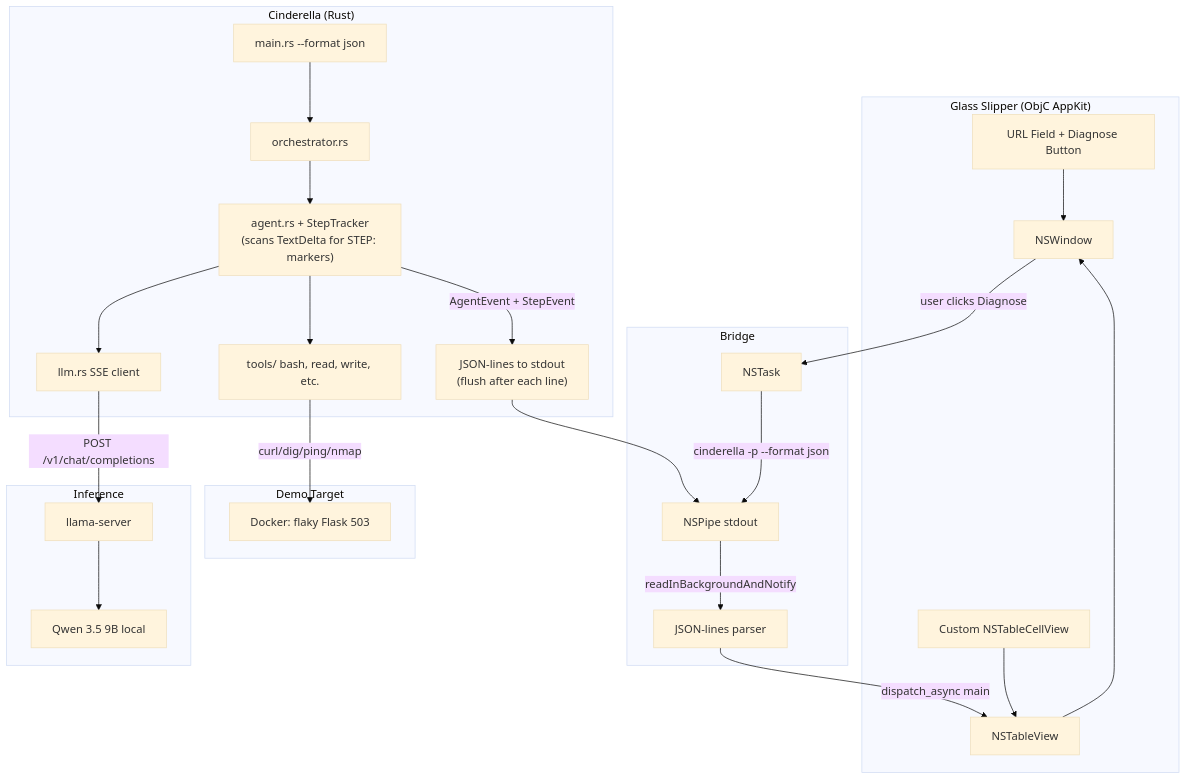
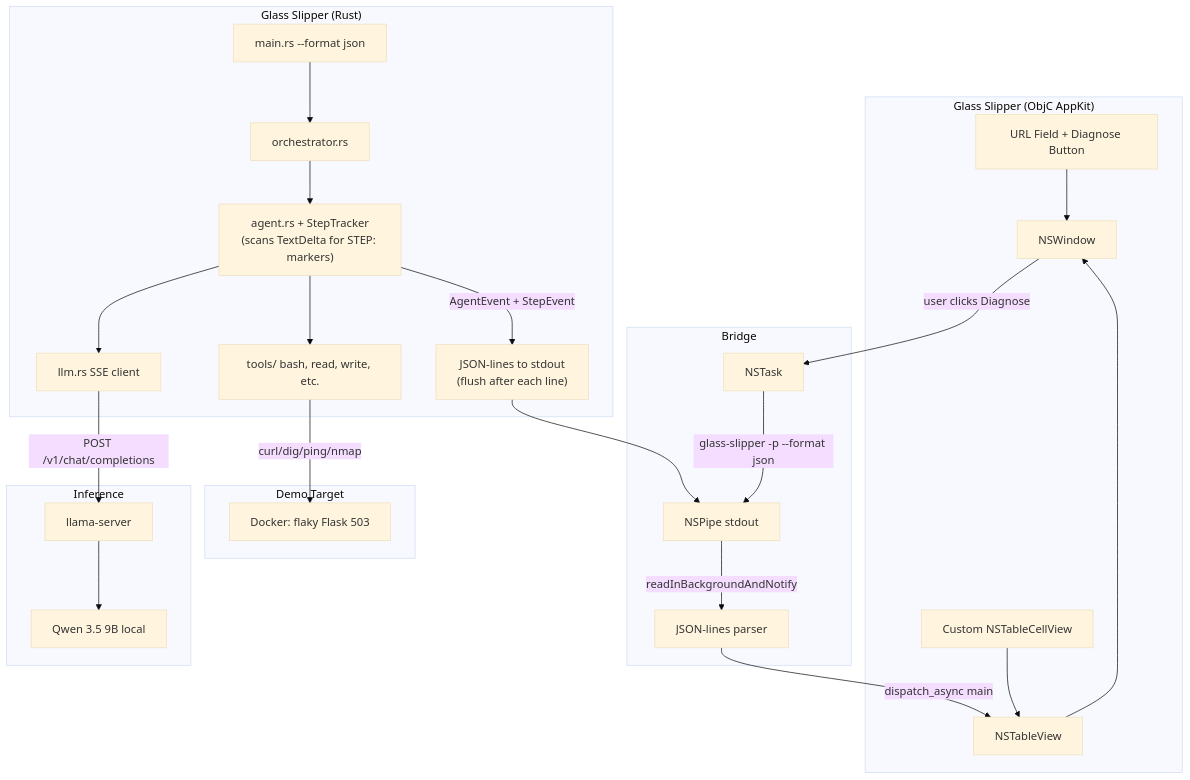
The first of 2 diagrams in docs/plans/glass-slipper.md (robertkarl/cinderella), drawn with Mermaid (base theme) before and after one commit. The commit also changed other lines of this file and 30 other files, not shown here.

Commit message:
rename: cinderella → glass-slipper across codebase

````diff
--- a/docs/plans/glass-slipper.md
+++ b/docs/plans/glass-slipper.md
@@ -224,46 +224,46 @@
 ```mermaid
 flowchart TD
     subgraph "Glass Slipper (ObjC AppKit)"
         WIN[NSWindow]
         INPUT[URL Field + Diagnose Button]
         TABLE[NSTableView]
         CELL[Custom NSTableCellView]
         INPUT --> WIN
         TABLE --> WIN
         CELL --> TABLE
     end
 
     subgraph "Bridge"
         TASK[NSTask]
         PIPE[NSPipe stdout]
         JSON[JSON-lines parser]
         WIN -->|"user clicks Diagnose"| TASK
-        TASK -->|"cinderella -p --format json"| PIPE
+        TASK -->|"glass-slipper -p --format json"| PIPE
         PIPE -->|"readInBackgroundAndNotify"| JSON
         JSON -->|"dispatch_async main"| TABLE
     end
 
-    subgraph "Cinderella (Rust)"
+    subgraph "Glass Slipper (Rust)"
         CLI[main.rs --format json]
         ORCH[orchestrator.rs]
         AGENT["agent.rs + StepTracker<br/>(scans TextDelta for STEP: markers)"]
         LLM[llm.rs SSE client]
         TOOLS[tools/ bash, read, write, etc.]
         CLI --> ORCH
         ORCH --> AGENT
         AGENT --> LLM
         AGENT --> TOOLS
         AGENT -->|"AgentEvent + StepEvent"| JSONOUT["JSON-lines to stdout<br/>(flush after each line)"]
     end
 
     subgraph "Inference"
         LLM -->|"POST /v1/chat/completions"| SERVER[llama-server]
         SERVER --> MODEL[Qwen 3.5 9B local]
     end
 
     subgraph "Demo Target"
         TOOLS -->|"curl/dig/ping/nmap"| FLASK[Docker: flaky Flask 503]
     end
 
     JSONOUT --> PIPE
 ```
````
